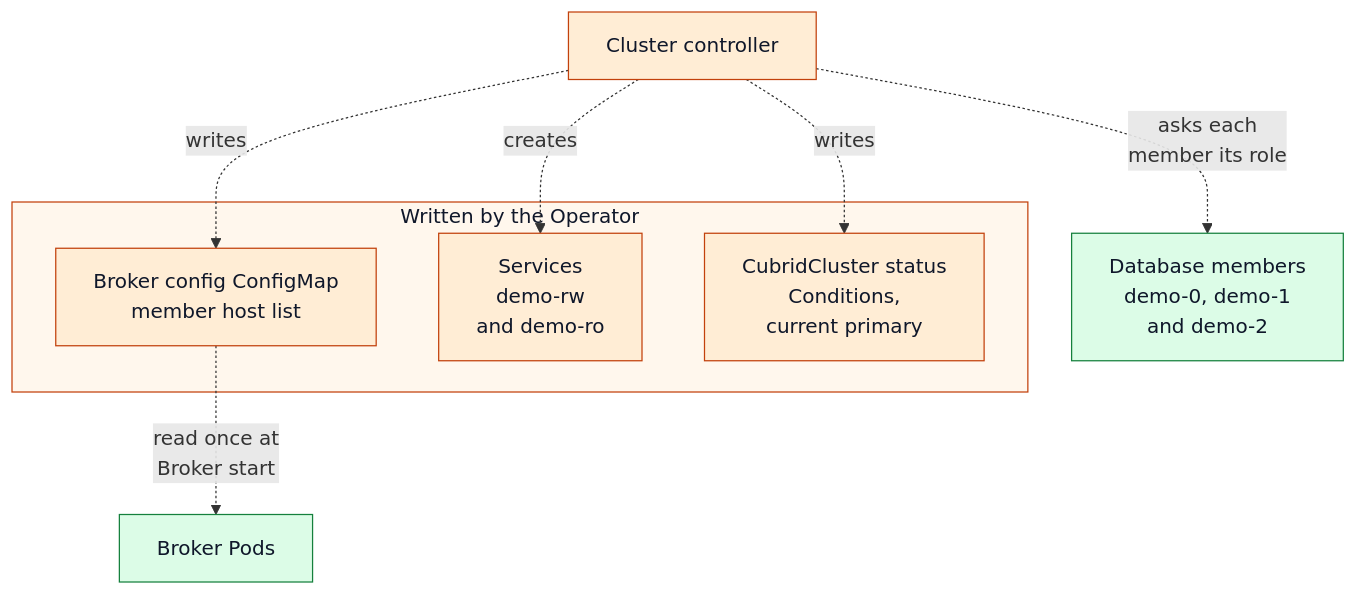
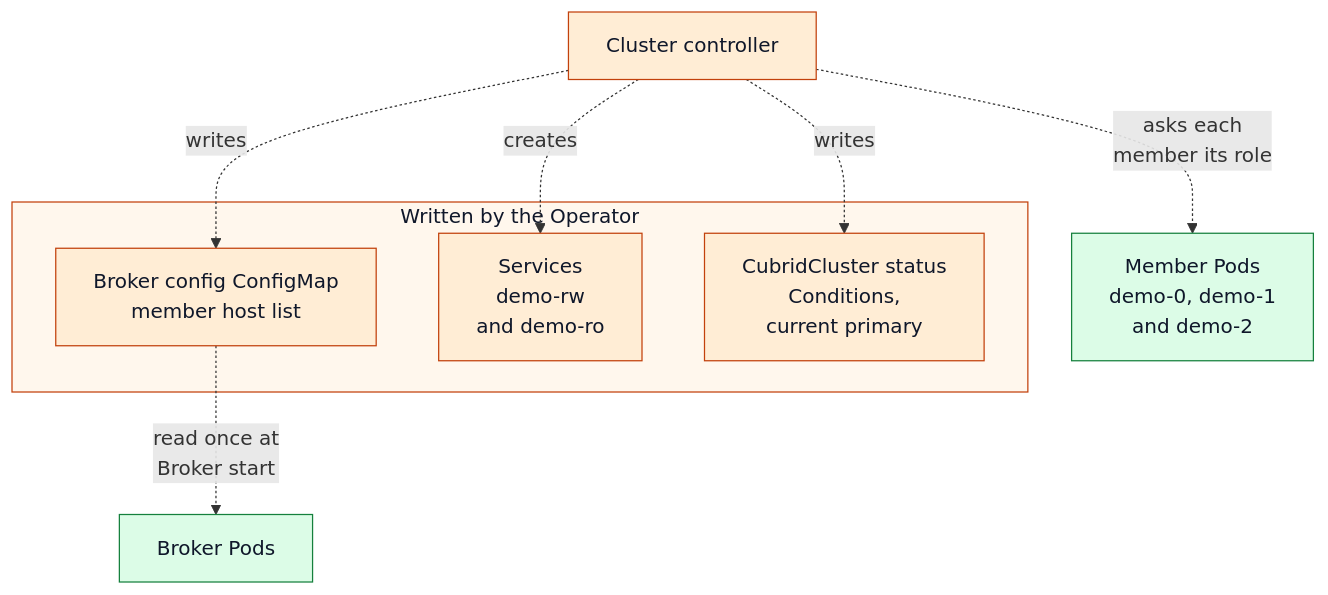
One commit to cubrid-lab/cubrid-kubernetes-operator changed the second of 2 diagrams in docs/architecture/data-path.md. Above: the diagram before and after it, drawn with Mermaid. The commit also changed other lines of this file and 4 other files, not shown here.

First line of the commit message:
docs(architecture): address review of the diagram rework

````diff
--- a/docs/architecture/data-path.md
+++ b/docs/architecture/data-path.md
@@ -66,26 +66,26 @@
 ```mermaid
 flowchart TB
     cc["Cluster controller"]:::op
 
     subgraph opside["Written by the Operator"]
         cfg["Broker config ConfigMap<br/>member host list"]:::op
         svc["Services<br/>demo-rw<br/>and demo-ro"]:::op
         status["CubridCluster status<br/>Conditions,<br/>current primary"]:::op
     end
 
     brokers["Broker Pods"]:::cubrid
-    members["Database members<br/>demo-0, demo-1<br/>and demo-2"]:::cubrid
+    members["Member Pods<br/>demo-0, demo-1<br/>and demo-2"]:::cubrid
 
     cc -. "writes" .-> cfg
     cc -. "creates" .-> svc
     cc -. "writes" .-> status
     cfg -. "read once at<br/>Broker start" .-> brokers
     cc -. "asks each<br/>member its role" .-> members
 
     classDef k8s fill:#dbeafe,stroke:#1d4ed8,color:#0f172a
     classDef op fill:#ffedd5,stroke:#c2410c,color:#0f172a
     classDef cubrid fill:#dcfce7,stroke:#15803d,color:#0f172a
     classDef ext fill:#f1f5f9,stroke:#475569,color:#0f172a
 
     style opside fill:#fff7ed,stroke:#c2410c,color:#0f172a
 ```
````
